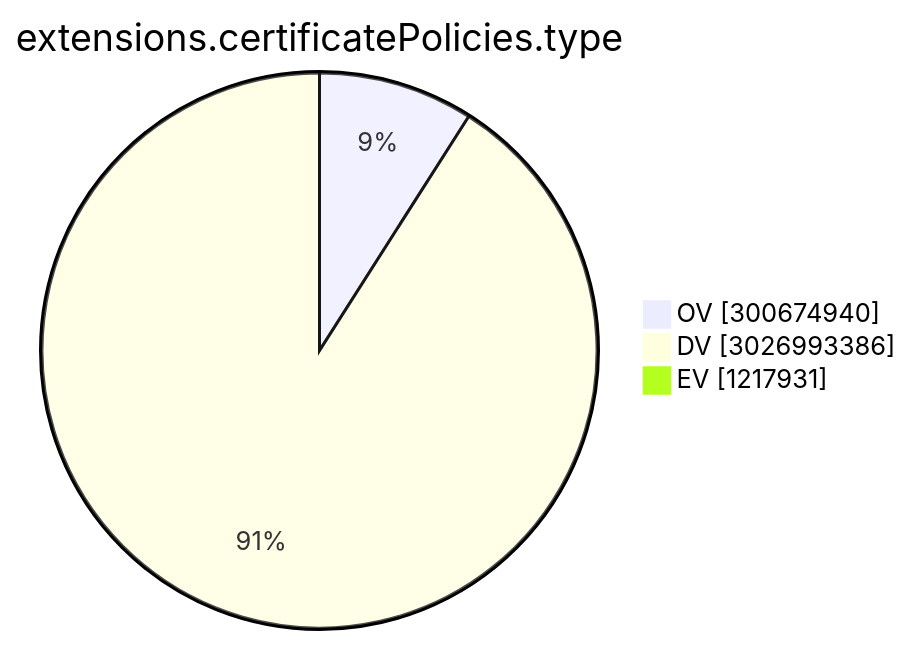
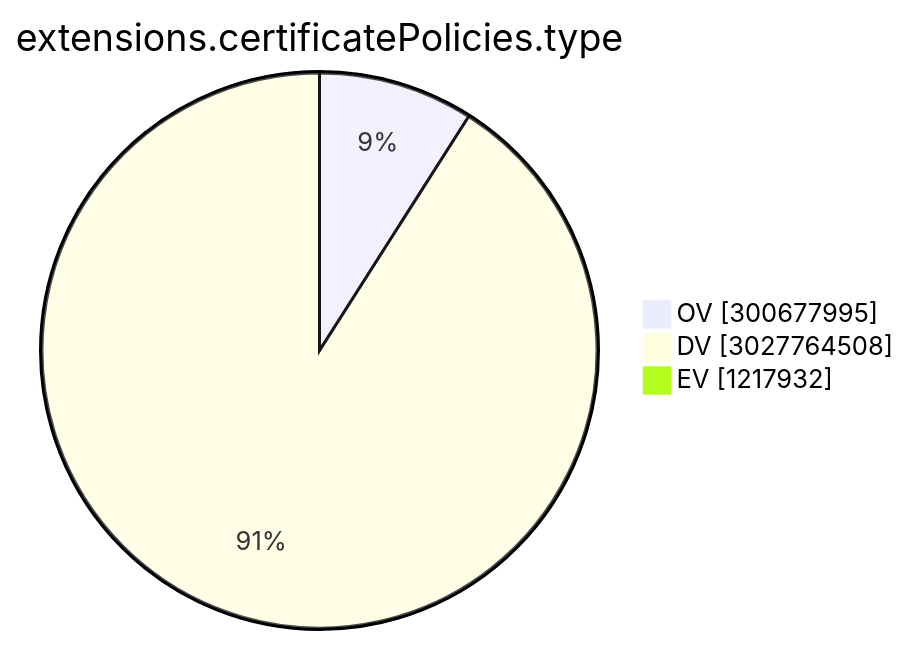
The ninth of 15 diagrams in TOTAL/README.md (christiankrug/ctmonitor_visualization), drawn with Mermaid before and after one commit. The commit also changed other lines of this file, not shown here.

````diff
--- a/TOTAL/README.md
+++ b/TOTAL/README.md
@@ -3102,7 +3102,7 @@
 ```mermaid
 pie showData
 title extensions.certificatePolicies.type
-"OV" :300674940
-"DV" :3026993386
-"EV" :1217931
+"OV" :300677995
+"DV" :3027764508
+"EV" :1217932
 ```
````
